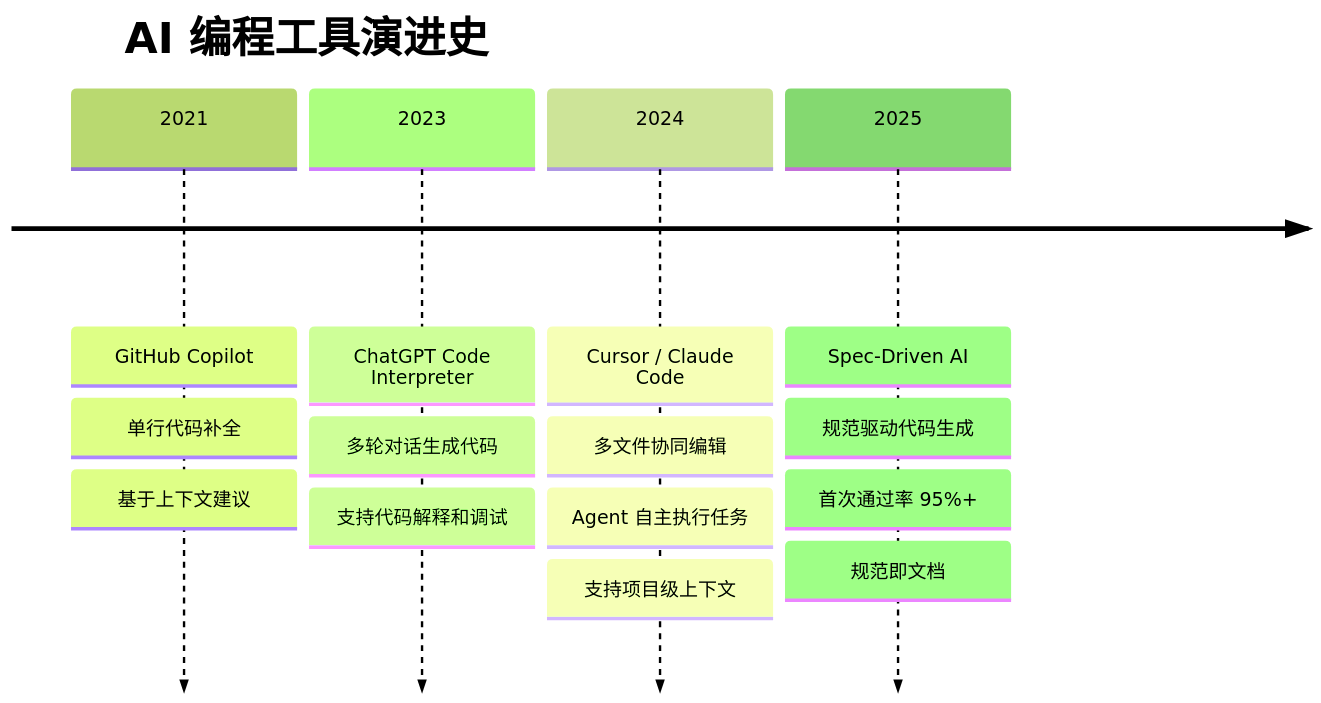
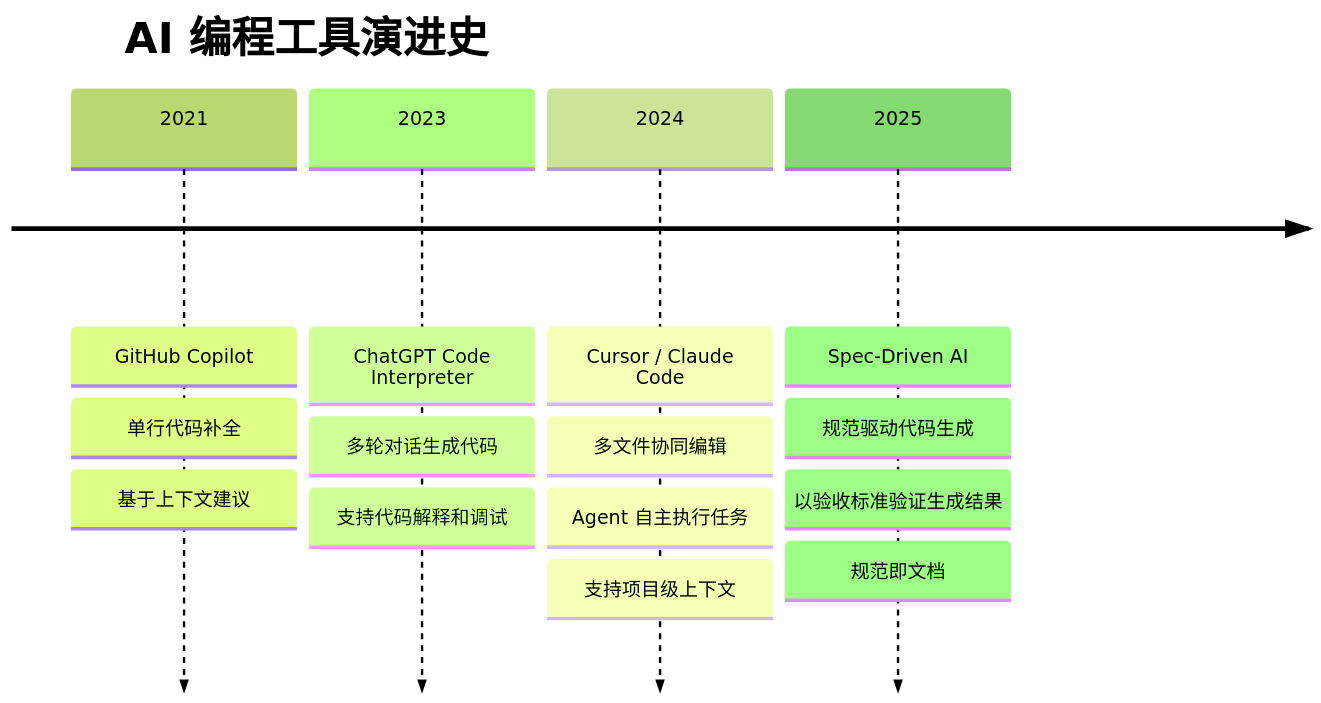
The first of 3 diagrams in source/_posts/AI/00-vibe-coding-vs-spec-coding.md (wxquare/wxquare.github.io), drawn with Mermaid (forest theme) before and after one commit. The commit also changed other lines of this file and 3 other files, not shown here.

````diff
--- a/source/_posts/AI/00-vibe-coding-vs-spec-coding.md
+++ b/source/_posts/AI/00-vibe-coding-vs-spec-coding.md
@@ -44,18 +44,18 @@
 ```mermaid
 timeline
     title AI 编程工具演进史
     2021 : GitHub Copilot
          : 单行代码补全
          : 基于上下文建议
     2023 : ChatGPT Code Interpreter
          : 多轮对话生成代码
          : 支持代码解释和调试
     2024 : Cursor / Claude Code
          : 多文件协同编辑
          : Agent 自主执行任务
          : 支持项目级上下文
     2025 : Spec-Driven AI
          : 规范驱动代码生成
-         : 首次通过率 95%+
+         : 以验收标准验证生成结果
          : 规范即文档
 ```
````
